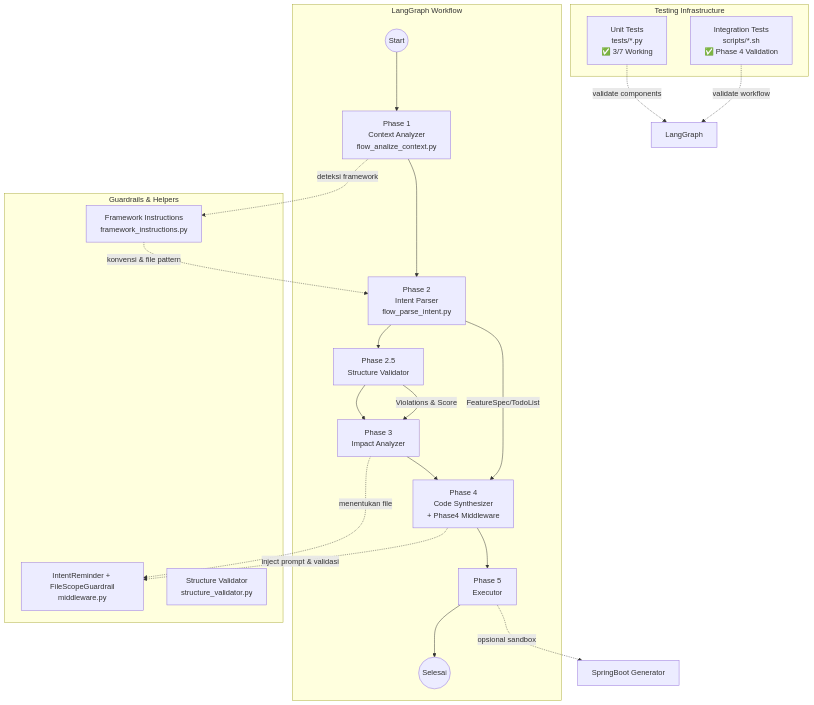
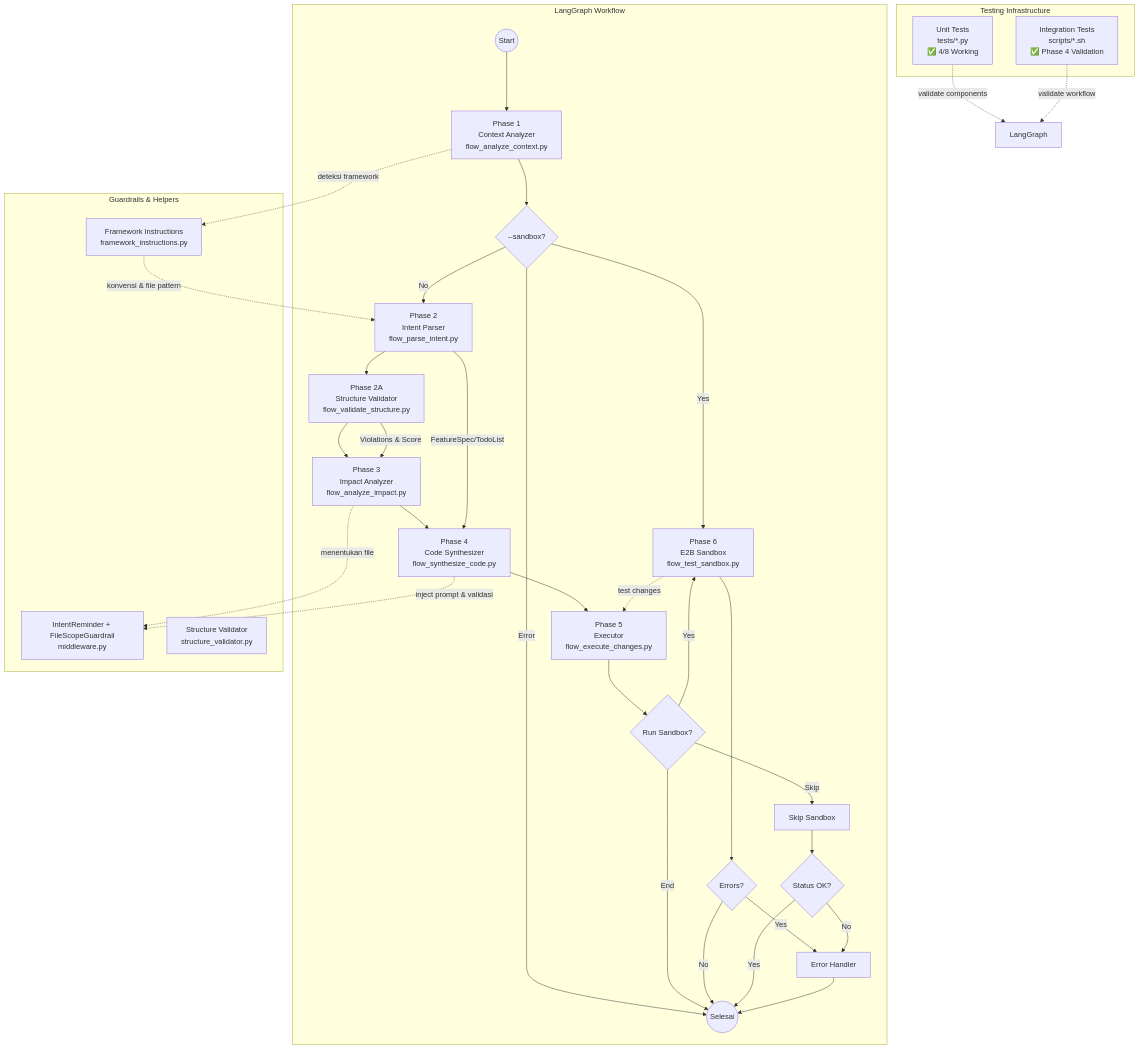
One commit to zeihanaulia/agent changed the eighth of 9 diagrams in scripts/coding_agent/README.md. Above: the diagram before and after it, drawn with Mermaid. The commit also changed other lines of this file and 4 other files, not shown here.

First line of the commit message:
feat: Enhance multi-agent persona-based routing architecture and documentation

````diff
--- a/scripts/coding_agent/README.md
+++ b/scripts/coding_agent/README.md
@@ -239,34 +257,53 @@
 ```mermaid
 flowchart TD
     subgraph LangGraph Workflow
-        START((Start)) --> Ctx[Phase 1\nContext Analyzer\nflow_analize_context.py]
-        Ctx --> Intent[Phase 2\nIntent Parser\nflow_parse_intent.py]
-        Intent --> Struct[Phase 2.5\nStructure Validator]
-        Struct --> Impact[Phase 3\nImpact Analyzer]
-        Impact --> Code[Phase 4\nCode Synthesizer\n+ Phase4 Middleware]
-        Code --> Exec[Phase 5\nExecutor]
-        Exec --> END((Selesai))
+        START((Start)) --> Ctx[Phase 1\nContext Analyzer\nflow_analyze_context.py]
+        Ctx --> Router{--sandbox?}
+        Router -->|Yes| Sandbox[Phase 6\nE2B Sandbox\nflow_test_sandbox.py]
+        Router -->|No| Intent[Phase 2\nIntent Parser\nflow_parse_intent.py]
+        Router -->|Error| End
+        
+        Intent --> Struct[Phase 2A\nStructure Validator\nflow_validate_structure.py]
+        Struct --> Impact[Phase 3\nImpact Analyzer\nflow_analyze_impact.py]
+        Impact --> Code[Phase 4\nCode Synthesizer\nflow_synthesize_code.py]
+        Code --> Exec[Phase 5\nExecutor\nflow_execute_changes.py]
+        
+        Exec --> Router2{Run Sandbox?}
+        Router2 -->|Yes| Sandbox
+        Router2 -->|Skip| SkipSandbox[Skip Sandbox]
+        Router2 -->|End| End
+        
+        Sandbox --> SandboxRouter{Errors?}
+        SandboxRouter -->|Yes| HandleError[Error Handler]
+        SandboxRouter -->|No| End
+        
+        SkipSandbox --> SkipRouter{Status OK?}
+        SkipRouter -->|Yes| End
+        SkipRouter -->|No| HandleError
+        
+        HandleError --> End((Selesai))
     end
 
     Intent -- FeatureSpec/TodoList --> Code
     Struct -- Violations & Score --> Impact
+    
     subgraph Guardrails & Helpers
         MW[IntentReminder + FileScopeGuardrail\nmiddleware.py]
         FW[Framework Instructions\nframework_instructions.py]
         SV[Structure Validator\nstructure_validator.py]
     end
 
     Impact -. "menentukan file" .-> MW
     Code -. "inject prompt & validasi" .-> MW
     Ctx -. "deteksi framework" .-> FW
     FW -. "konvensi & file pattern" .-> Intent
-    Exec -. "opsional sandbox" .-> SB[SpringBoot Generator]
+    Sandbox -. "test changes" .-> Exec
 
     subgraph Testing Infrastructure
-        UT[Unit Tests\ntests/*.py\n✅ 3/7 Working]
+        UT[Unit Tests\ntests/*.py\n✅ 4/8 Working]
         IT[Integration Tests\nscripts/*.sh\n✅ Phase 4 Validation]
     end
 
     UT -. "validate components" .-> LangGraph
     IT -. "validate workflow" .-> LangGraph
 ```
````
